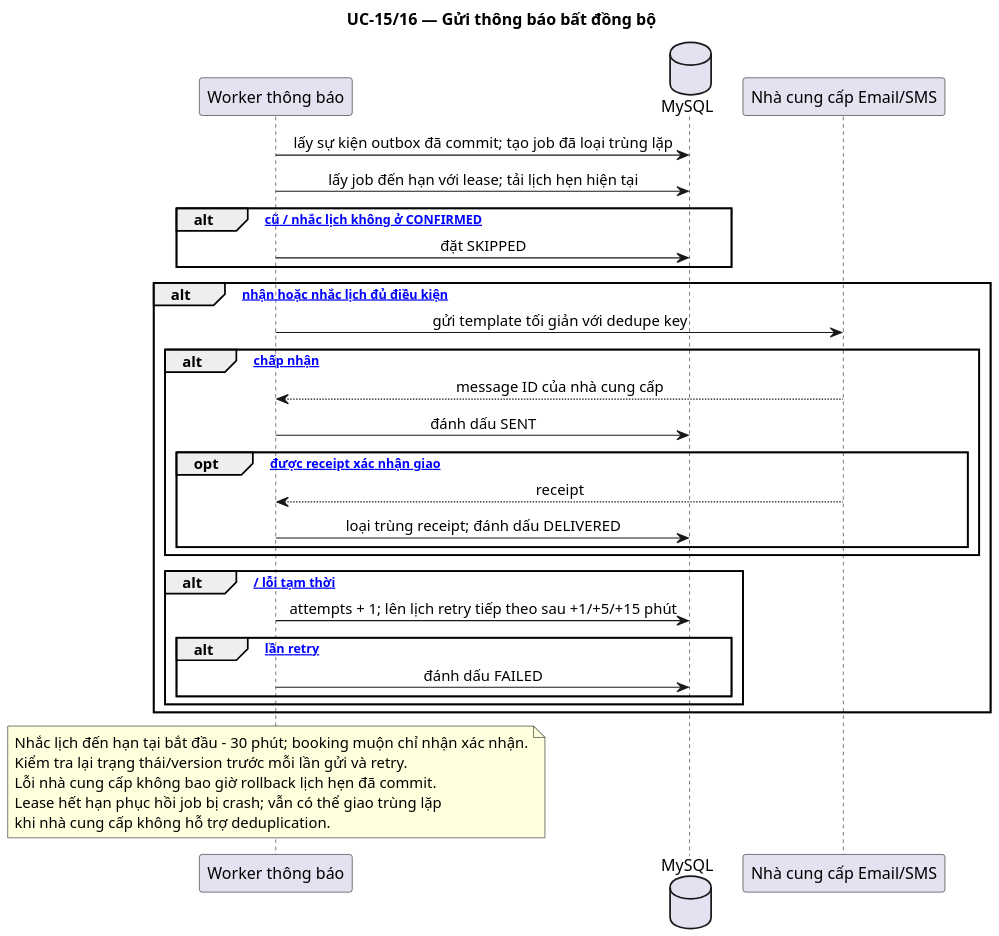
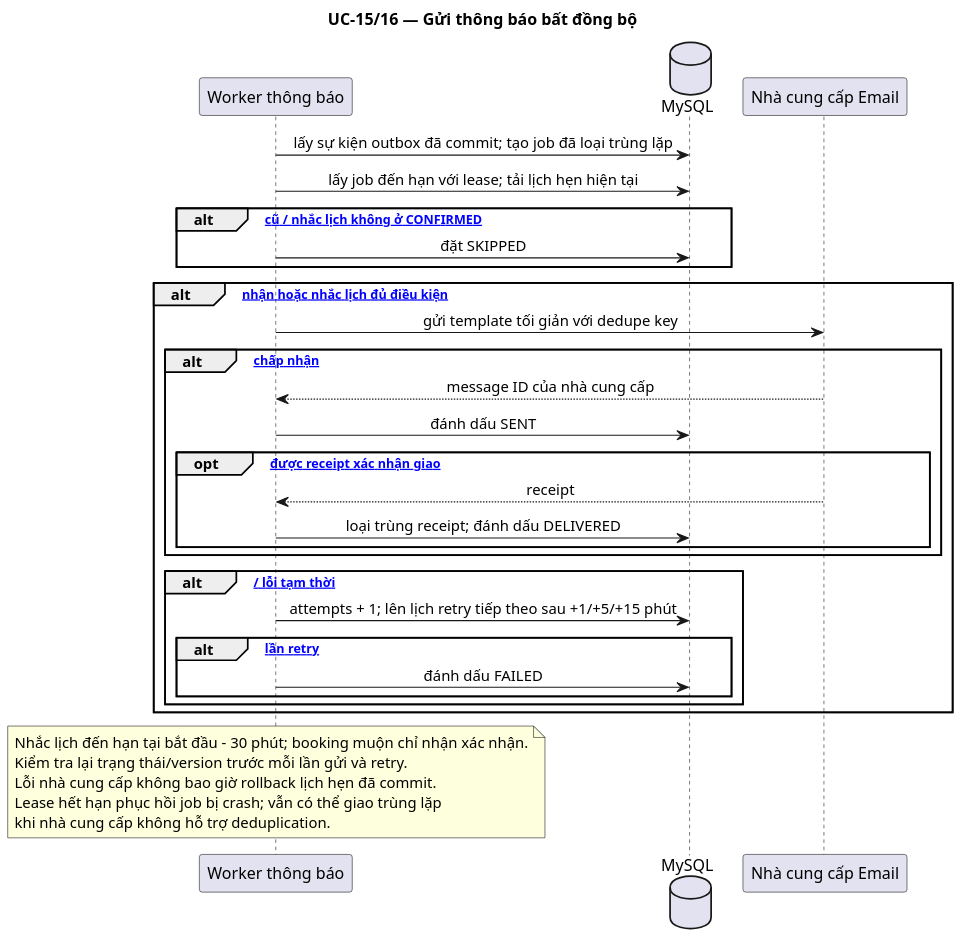
The diagram in docs/design/sequence-diagrams/notifications.puml (Samie32/SE-project), drawn with PlantUML before and after one commit. The commit also changed 62 other files, not shown here.

```diff
--- a/docs/design/sequence-diagrams/notifications.puml
+++ b/docs/design/sequence-diagrams/notifications.puml
@@ -1,51 +1,51 @@
 @startuml notifications
 title UC-15/16 — Gửi thông báo bất đồng bộ
 
 skinparam sequenceMessageAlign center
 skinparam responseMessageBelowArrow true
 skinparam ParticipantPadding 10
 skinparam BoxPadding 8
 skinparam dpi 150
 
 participant "Worker thông báo"        as W
 database    "MySQL"                   as DB
-participant "Nhà cung cấp Email/SMS"  as ESP
+participant "Nhà cung cấp Email"  as ESP
 
 W -> DB : lấy sự kiện outbox đã commit; tạo job đã loại trùng lặp
 W -> DB : lấy job đến hạn với lease; tải lịch hẹn hiện tại
 
 alt [version cũ / nhắc lịch không ở CONFIRMED]
   W -> DB : đặt SKIPPED
 end
 
 alt [xác nhận hoặc nhắc lịch đủ điều kiện]
   W -> ESP : gửi template tối giản với dedupe key
 
   alt [được chấp nhận]
     ESP --> W : message ID của nhà cung cấp
     W -> DB : đánh dấu SENT
 
     opt [nhận được receipt xác nhận giao]
       ESP --> W : receipt
       W -> DB : loại trùng receipt; đánh dấu DELIVERED
     end
   end
 
   alt [timeout / lỗi tạm thời]
     W -> DB : attempts + 1; lên lịch retry tiếp theo sau +1/+5/+15 phút
 
     alt [hết lần retry]
       W -> DB : đánh dấu FAILED
     end
   end
 end
 
 note over W
   Nhắc lịch đến hạn tại bắt đầu - 30 phút; booking muộn chỉ nhận xác nhận.
   Kiểm tra lại trạng thái/version trước mỗi lần gửi và retry.
   Lỗi nhà cung cấp không bao giờ rollback lịch hẹn đã commit.
   Lease hết hạn phục hồi job bị crash; vẫn có thể giao trùng lặp
   khi nhà cung cấp không hỗ trợ deduplication.
 end note
 
 @enduml
```
